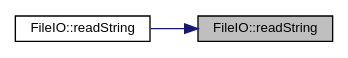
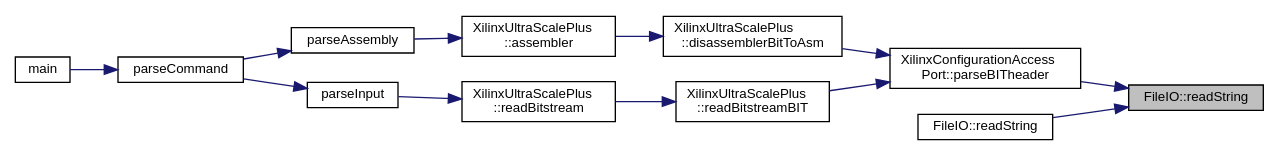
The diagram in namespaceFileIO_ad41f7dbc9c1ed8a51accfadf6c8fc978_icgraph.dot (FPGA-Research-Manchester/byteman), drawn with Graphviz before and after one commit. The commit also changed 716 other files, not shown here.

```diff
--- a/namespaceFileIO_ad41f7dbc9c1ed8a51accfadf6c8fc978_icgraph.dot
+++ b/namespaceFileIO_ad41f7dbc9c1ed8a51accfadf6c8fc978_icgraph.dot
@@ -1,11 +1,30 @@
 digraph "FileIO::readString"
 {
  // INTERACTIVE_SVG=YES
  // LATEX_PDF_SIZE
   edge [fontname="Helvetica",fontsize="10",labelfontname="Helvetica",labelfontsize="10"];
   node [fontname="Helvetica",fontsize="10",shape=record];
   rankdir="RL";
   Node1 [label="FileIO::readString",height=0.2,width=0.4,color="black", fillcolor="grey75", style="filled", fontcolor="black",tooltip=" "];
   Node1 -> Node2 [dir="back",color="midnightblue",fontsize="10",style="solid",fontname="Helvetica"];
-  Node2 [label="FileIO::readString",height=0.2,width=0.4,color="black", fillcolor="white", style="filled",URL="$namespaceFileIO.html#aa2ee94219def7a61d6a292db5107510c",tooltip=" "];
+  Node2 [label="XilinxConfigurationAccess\lPort::parseBITheader",height=0.2,width=0.4,color="black", fillcolor="white", style="filled",URL="$classXilinxConfigurationAccessPort.html#a0eb1cd9757987010e6879268ae412b4e",tooltip=" "];
+  Node2 -> Node3 [dir="back",color="midnightblue",fontsize="10",style="solid",fontname="Helvetica"];
+  Node3 [label="XilinxUltraScalePlus\l::disassemblerBitToAsm",height=0.2,width=0.4,color="black", fillcolor="white", style="filled",URL="$classXilinxUltraScalePlus.html#a54f9af4b6723a99c0b9e8e9c9b424d00",tooltip=" "];
+  Node3 -> Node4 [dir="back",color="midnightblue",fontsize="10",style="solid",fontname="Helvetica"];
+  Node4 [label="XilinxUltraScalePlus\l::assembler",height=0.2,width=0.4,color="black", fillcolor="white", style="filled",URL="$classXilinxUltraScalePlus.html#a53e5f6ec962f1f2a961f90b8b9e90e10",tooltip=" "];
+  Node4 -> Node5 [dir="back",color="midnightblue",fontsize="10",style="solid",fontname="Helvetica"];
+  Node5 [label="parseAssembly",height=0.2,width=0.4,color="black", fillcolor="white", style="filled",URL="$byteman_8cpp.html#abdebe35e6ba3749eaa14350ca0942419",tooltip=" "];
+  Node5 -> Node6 [dir="back",color="midnightblue",fontsize="10",style="solid",fontname="Helvetica"];
+  Node6 [label="parseCommand",height=0.2,width=0.4,color="black", fillcolor="white", style="filled",URL="$byteman_8cpp.html#a913ad3944130fafece24fe460db9b6aa",tooltip=" "];
+  Node6 -> Node7 [dir="back",color="midnightblue",fontsize="10",style="solid",fontname="Helvetica"];
+  Node7 [label="main",height=0.2,width=0.4,color="black", fillcolor="white", style="filled",URL="$byteman_8cpp.html#a0ddf1224851353fc92bfbff6f499fa97",tooltip=" "];
+  Node2 -> Node8 [dir="back",color="midnightblue",fontsize="10",style="solid",fontname="Helvetica"];
+  Node8 [label="XilinxUltraScalePlus\l::readBitstreamBIT",height=0.2,width=0.4,color="black", fillcolor="white", style="filled",URL="$classXilinxUltraScalePlus.html#a62dea738808396d7d520f26d8e5594d2",tooltip=" "];
+  Node8 -> Node9 [dir="back",color="midnightblue",fontsize="10",style="solid",fontname="Helvetica"];
+  Node9 [label="XilinxUltraScalePlus\l::readBitstream",height=0.2,width=0.4,color="black", fillcolor="white", style="filled",URL="$classXilinxUltraScalePlus.html#a0e5d08a2e5c37a29a1a04d50b48739d2",tooltip=" "];
+  Node9 -> Node10 [dir="back",color="midnightblue",fontsize="10",style="solid",fontname="Helvetica"];
+  Node10 [label="parseInput",height=0.2,width=0.4,color="black", fillcolor="white", style="filled",URL="$byteman_8cpp.html#a4dbd88e4909b2f0429f9d0b2fc2608bb",tooltip=" "];
+  Node10 -> Node6 [dir="back",color="midnightblue",fontsize="10",style="solid",fontname="Helvetica"];
+  Node1 -> Node11 [dir="back",color="midnightblue",fontsize="10",style="solid",fontname="Helvetica"];
+  Node11 [label="FileIO::readString",height=0.2,width=0.4,color="black", fillcolor="white", style="filled",URL="$namespaceFileIO.html#aa2ee94219def7a61d6a292db5107510c",tooltip=" "];
 }
```
